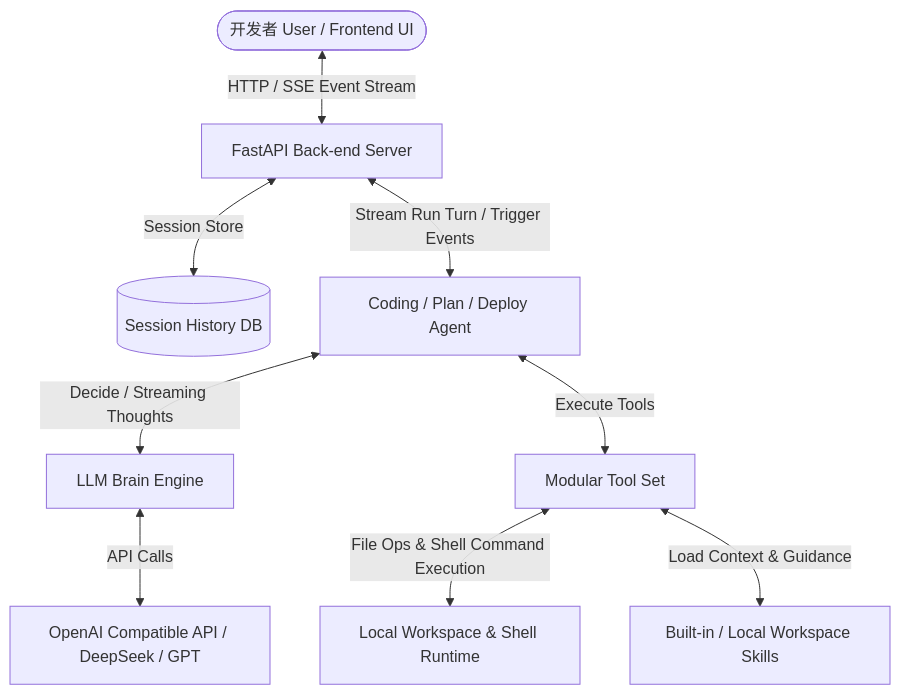
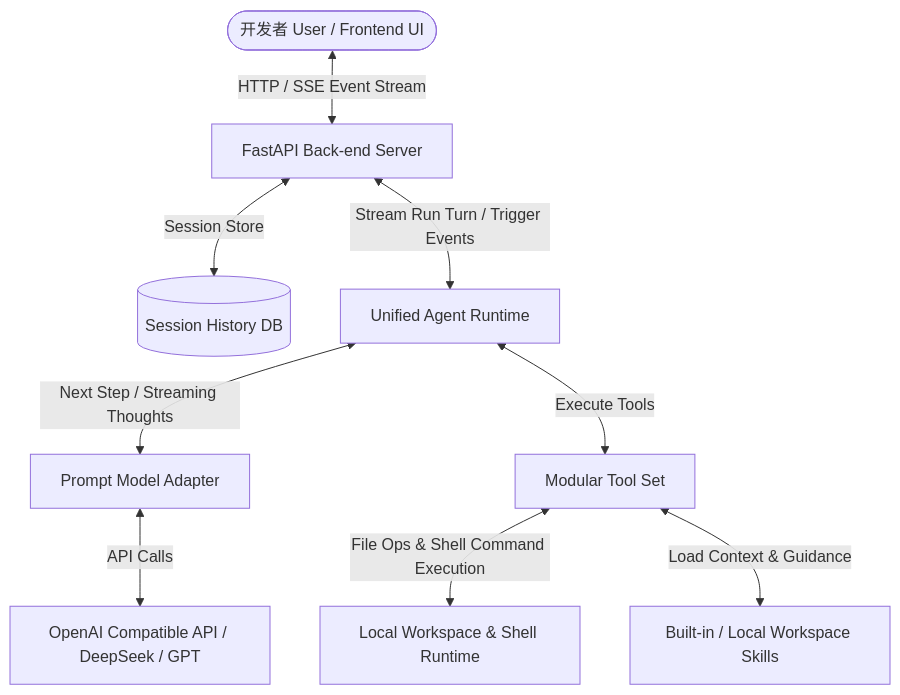
One commit to zongxi1115/SuperCode changed the diagram in README.md. Above: the diagram before and after it, drawn with Mermaid. The commit also changed other lines of this file and 35 other files, not shown here.

````diff
--- a/README.md
+++ b/README.md
@@ -52,11 +52,11 @@
 ```mermaid
 graph TD
     User([开发者 User / Frontend UI]) <-->|HTTP / SSE Event Stream| FastAPI[FastAPI Back-end Server]
     FastAPI <-->|Session Store| History[(Session History DB)]
-    FastAPI <-->|Stream Run Turn / Trigger Events| Agent[Coding / Plan / Deploy Agent]
-    Agent <-->|Decide / Streaming Thoughts| Brain[LLM Brain Engine]
-    Brain <-->|API Calls| LLM[OpenAI Compatible API / DeepSeek / GPT]
+    FastAPI <-->|Stream Run Turn / Trigger Events| Agent[Unified Agent Runtime]
+    Agent <-->|Next Step / Streaming Thoughts| Model[Prompt Model Adapter]
+    Model <-->|API Calls| LLM[OpenAI Compatible API / DeepSeek / GPT]
     Agent <-->|Execute Tools| Tools[Modular Tool Set]
     Tools <-->|File Ops & Shell Command Execution| Workspace[Local Workspace & Shell Runtime]
     Tools <-->|Load Context & Guidance| Skills[Built-in / Local Workspace Skills]
 ```
````
